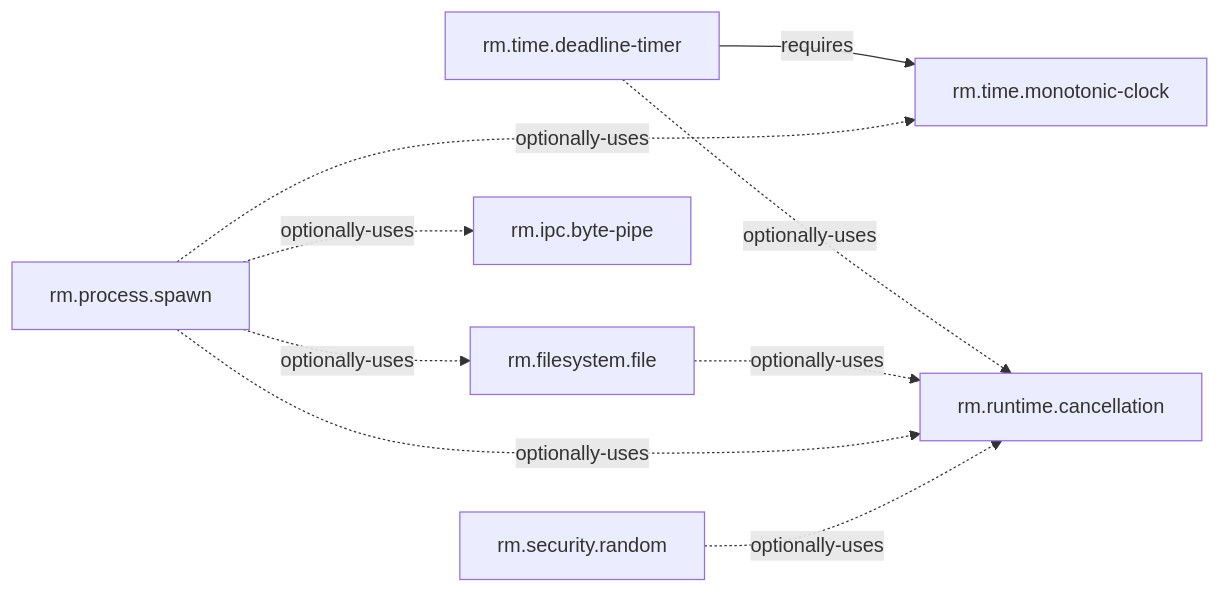
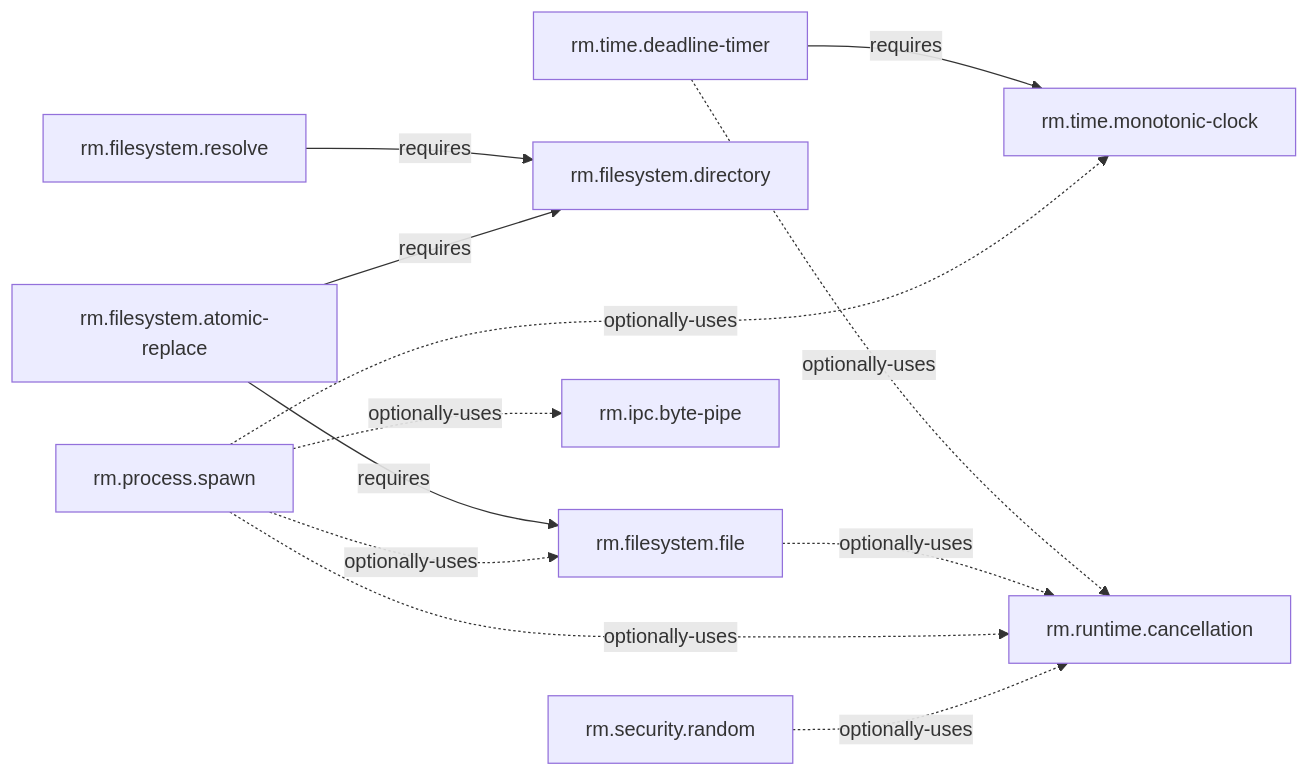
Before and after one commit to Rusty-Mill/rusty_foundation_akb: the diagram in docs/04-ecosystem/consistency-readiness/dependency-graph.md, drawn with Mermaid. The commit also changed other lines of this file and 18 other files, not shown here.

````diff
--- a/docs/04-ecosystem/consistency-readiness/dependency-graph.md
+++ b/docs/04-ecosystem/consistency-readiness/dependency-graph.md
@@ -8,11 +8,14 @@
 ```mermaid
 flowchart LR
   Timer["rm.time.deadline-timer"] -->|"requires"| Clock["rm.time.monotonic-clock"]
   Timer -.->|"optionally-uses"| Cancel["rm.runtime.cancellation"]
+  Resolve["rm.filesystem.resolve"] -->|"requires"| Directory["rm.filesystem.directory"]
   File["rm.filesystem.file"] -.->|"optionally-uses"| Cancel
+  Replace["rm.filesystem.atomic-replace"] -->|"requires"| Directory
+  Replace -->|"requires"| File
   Spawn["rm.process.spawn"] -.->|"optionally-uses"| File
   Spawn -.->|"optionally-uses"| Pipe["rm.ipc.byte-pipe"]
   Spawn -.->|"optionally-uses"| Cancel
   Spawn -.->|"optionally-uses"| Clock
   Random["rm.security.random"] -.->|"optionally-uses"| Cancel
 ```
````
